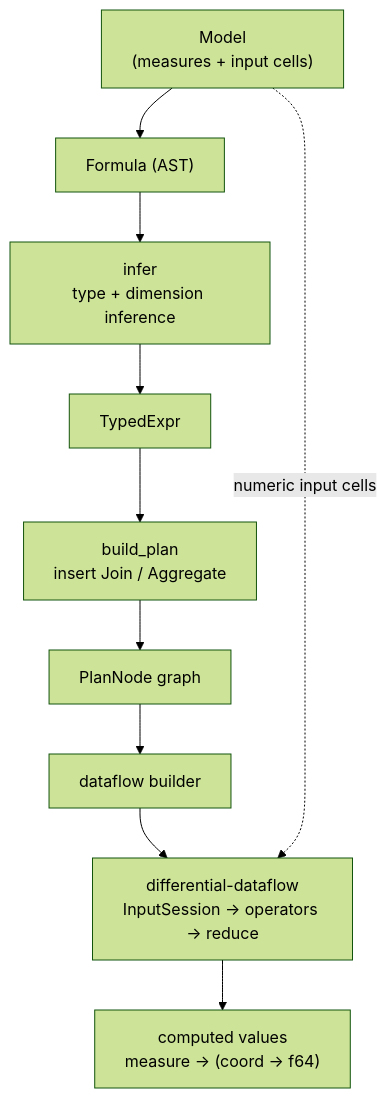
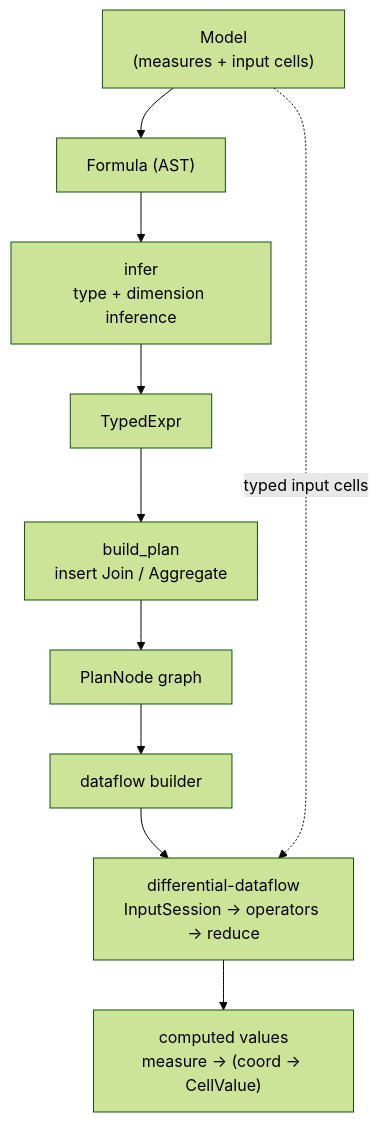
The diagram in docs/src/architecture.md (gburd/improv), drawn with Mermaid (forest theme) before and after one commit. The commit also changed other lines of this file and 25 other files, not shown here.

````diff
--- a/docs/src/architecture.md
+++ b/docs/src/architecture.md
@@ -27,12 +33,12 @@
 ```mermaid
 graph TD
     A["Model<br/>(measures + input cells)"] --> B["Formula (AST)"]
     B --> C["infer<br/>type + dimension inference"]
     C --> D["TypedExpr"]
     D --> E["build_plan<br/>insert Join / Aggregate"]
     E --> F["PlanNode graph"]
     F --> G["dataflow builder"]
     G --> H["differential-dataflow<br/>InputSession -> operators -> reduce"]
-    A -. "numeric input cells" .-> H
-    H --> I["computed values<br/>measure -> (coord -> f64)"]
+    A -. "typed input cells" .-> H
+    H --> I["computed values<br/>measure -> (coord -> CellValue)"]
 ```
````
